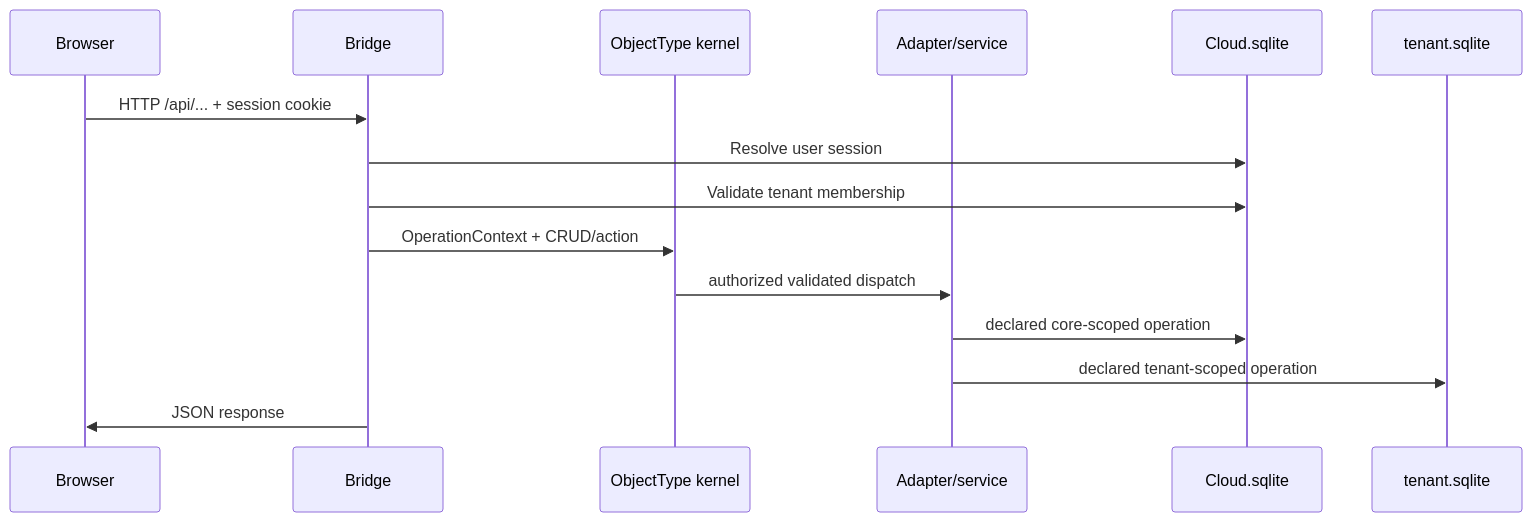
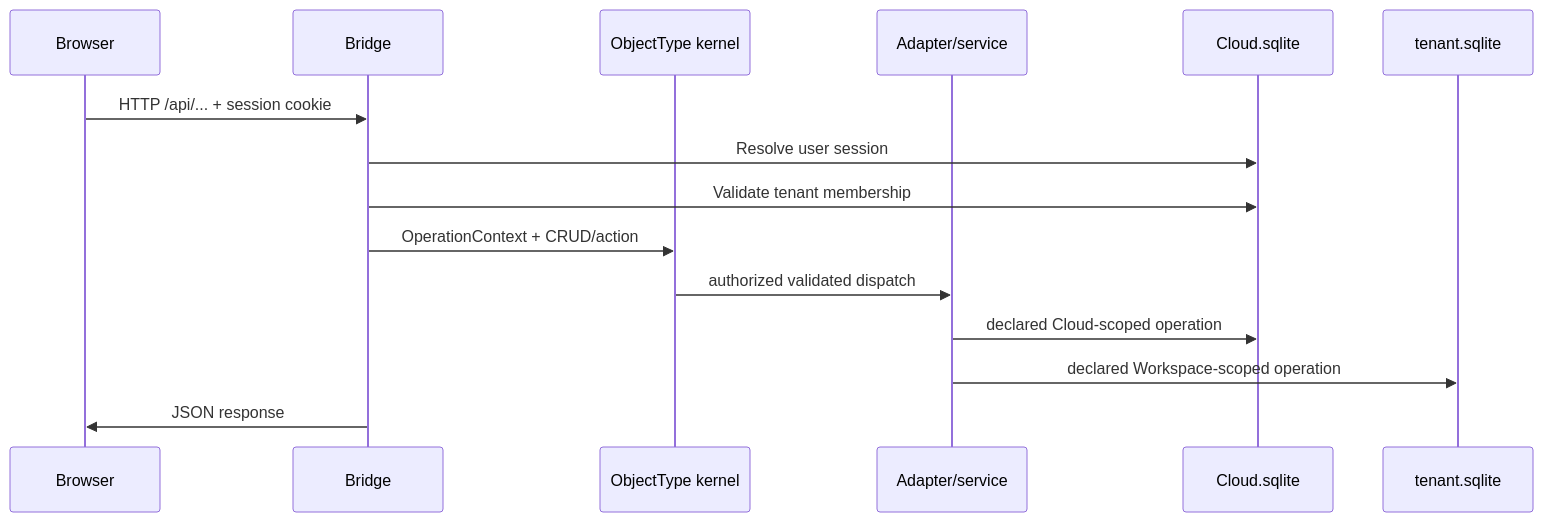
Before and after one commit to ReBoticsAI/GodMode: the third of 4 diagrams in docs/architecture.md, drawn with Mermaid. The commit also changed other lines of this file and 15 other files, not shown here.

````diff
--- a/docs/architecture.md
+++ b/docs/architecture.md
@@ -110,18 +110,18 @@
 ```mermaid
 sequenceDiagram
   participant Browser
   participant Bridge
   participant Kernel as ObjectType kernel
   participant Service as Adapter/service
   participant CoreDb as Cloud.sqlite
   participant TenantDb as tenant.sqlite
 
   Browser->>Bridge: HTTP /api/... + session cookie
   Bridge->>CoreDb: Resolve user session
   Bridge->>CoreDb: Validate tenant membership
   Bridge->>Kernel: OperationContext + CRUD/action
   Kernel->>Service: authorized validated dispatch
-  Service->>CoreDb: declared core-scoped operation
-  Service->>TenantDb: declared tenant-scoped operation
+  Service->>CoreDb: declared Cloud-scoped operation
+  Service->>TenantDb: declared Workspace-scoped operation
   Bridge->>Browser: JSON response
 ```
````
